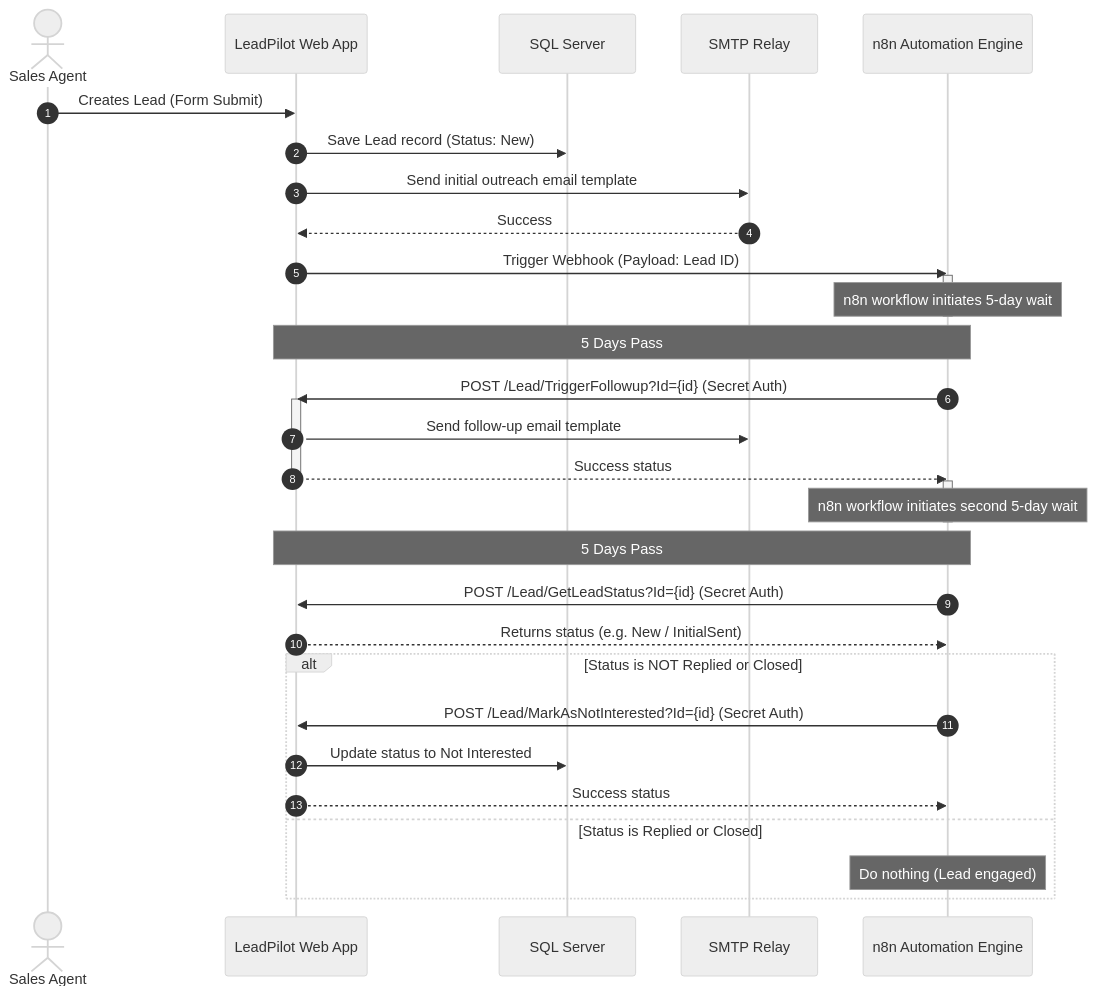
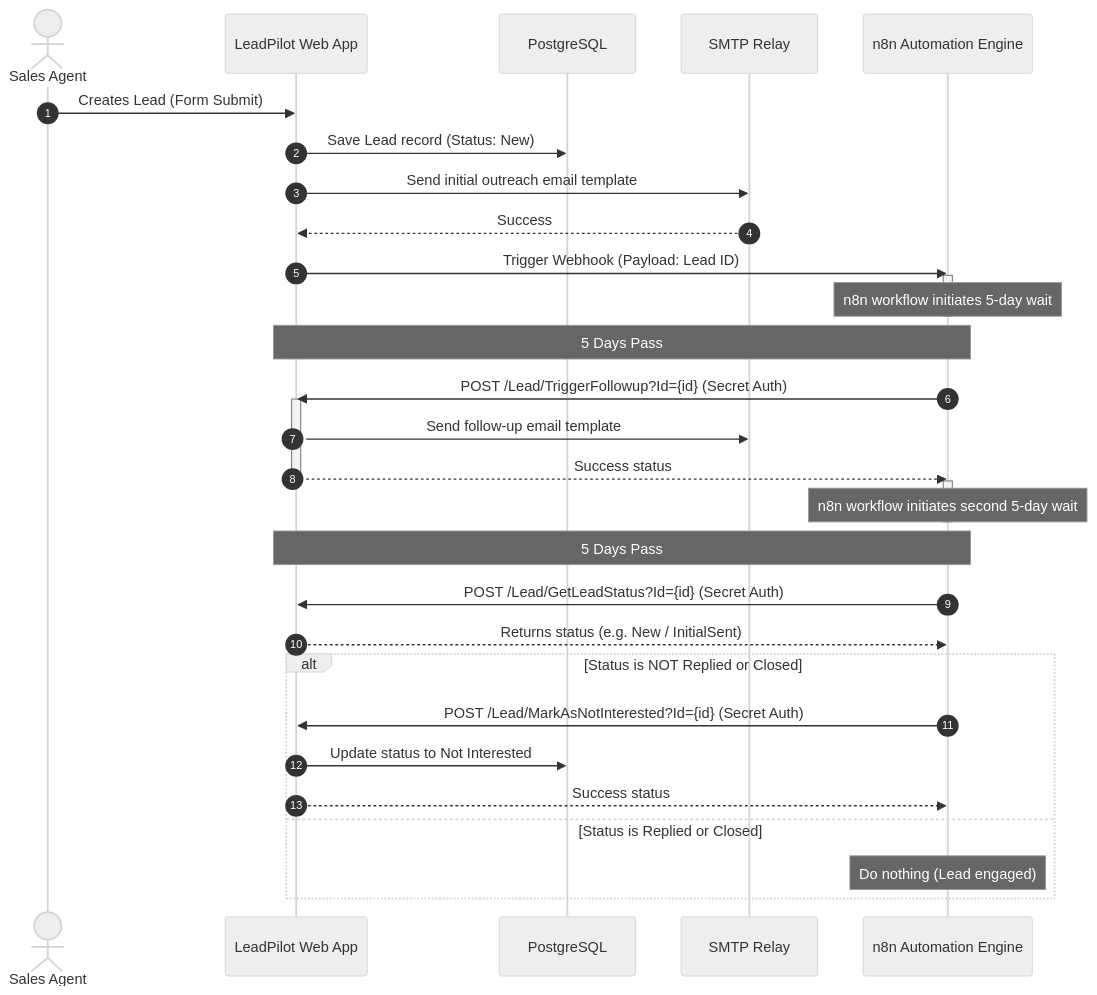
Before and after one commit to krunalpagdar18/LeadPilot: the diagram in README.md, drawn with Mermaid (neutral theme). The commit also changed other lines of this file and 4 other files, not shown here.

````diff
--- a/README.md
+++ b/README.md
@@ -25,43 +25,43 @@
 ```mermaid
 sequenceDiagram
     autonumber
     actor User as Sales Agent
     participant App as LeadPilot Web App
-    participant DB as SQL Server
+    participant DB as PostgreSQL
     participant SMTP as SMTP Relay
     participant n8n as n8n Automation Engine
 
     User->>App: Creates Lead (Form Submit)
     App->>DB: Save Lead record (Status: New)
     App->>SMTP: Send initial outreach email template
     SMTP-->>App: Success
     App->>n8n: Trigger Webhook (Payload: Lead ID)
     activate n8n
     Note over n8n: n8n workflow initiates 5-day wait
     deactivate n8n
     
     Note over App, n8n: 5 Days Pass
     
     n8n->>App: POST /Lead/TriggerFollowup?Id={id} (Secret Auth)
     activate App
     App->>SMTP: Send follow-up email template
     App-->>n8n: Success status
     deactivate App
     
     activate n8n
     Note over n8n: n8n workflow initiates second 5-day wait
     deactivate n8n
     
     Note over App, n8n: 5 Days Pass
     
     n8n->>App: POST /Lead/GetLeadStatus?Id={id} (Secret Auth)
     App-->>n8n: Returns status (e.g. New / InitialSent)
     
     alt Status is NOT Replied or Closed
         n8n->>App: POST /Lead/MarkAsNotInterested?Id={id} (Secret Auth)
         App->>DB: Update status to Not Interested
         App-->>n8n: Success status
     else Status is Replied or Closed
         Note over n8n: Do nothing (Lead engaged)
     end
 ```
````
